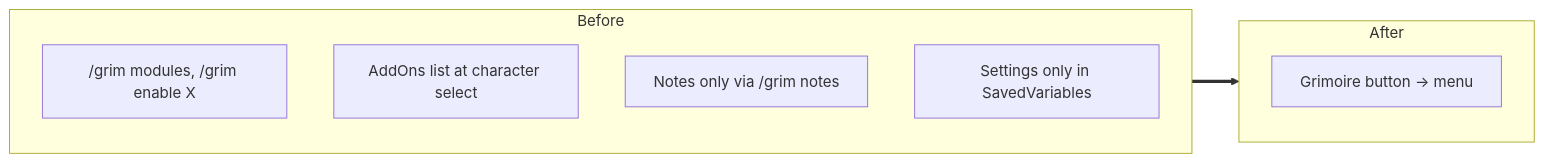
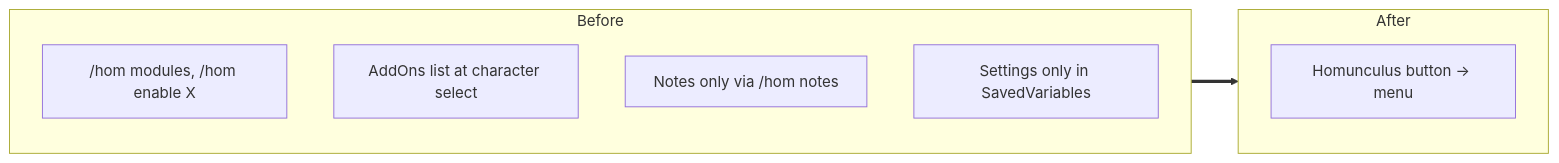
The first of 2 diagrams in docs/features/menu/README.md (PhillypHenning/grimoire), drawn with Mermaid before and after one commit. The commit also changed other lines of this file and 178 other files, not shown here.

First line of the commit message:
Rename the suite from Grimoire to Homunculus (ADR 0010)

````diff
--- a/docs/features/menu/README.md
+++ b/docs/features/menu/README.md
@@ -14,13 +14,13 @@
 ```mermaid
 flowchart LR
     subgraph Before
-        B1["/grim modules, /grim enable X"]
+        B1["/hom modules, /hom enable X"]
         B2[AddOns list at character select]
-        B3["Notes only via /grim notes"]
+        B3["Notes only via /hom notes"]
         B4[Settings only in SavedVariables]
     end
     subgraph After
-        M[Grimoire button → menu]
+        M[Homunculus button → menu]
     end
     Before ==> After
 ```
````
